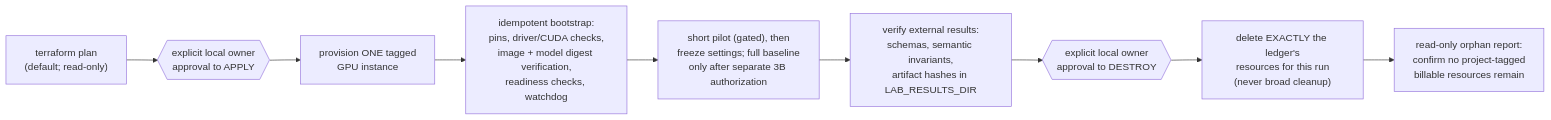
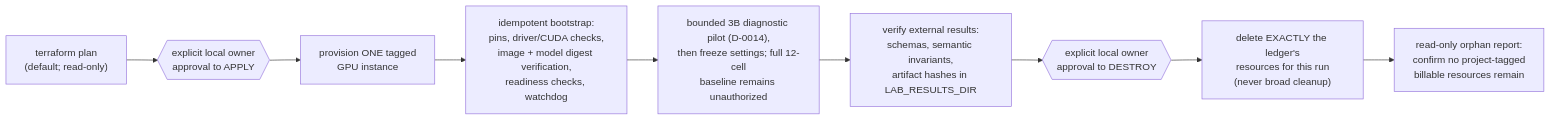
One commit to jgdynamite/blackwell-agentic-inference-lab changed the fourth of 4 diagrams in docs/architecture.md. Above: the diagram before and after it, drawn with Mermaid. The commit also changed other lines of this file and 17 other files, not shown here.

Commit message:
Authorize the bounded Akamai compatibility pilot (#7)

````diff
--- a/docs/architecture.md
+++ b/docs/architecture.md
@@ -264,11 +266,11 @@
 ```mermaid
 flowchart LR
     plan["terraform plan<br/>(default; read-only)"] --> approve1{{"explicit local owner<br/>approval to APPLY"}}
     approve1 --> provision["provision ONE tagged<br/>GPU instance"]
     provision --> bootstrap["idempotent bootstrap:<br/>pins, driver/CUDA checks,<br/>image + model digest verification,<br/>readiness checks, watchdog"]
-    bootstrap --> pilot["short pilot (gated), then<br/>freeze settings; full baseline<br/>only after separate 3B authorization"]
+    bootstrap --> pilot["bounded 3B diagnostic pilot (D-0014),<br/>then freeze settings; full 12-cell<br/>baseline remains unauthorized"]
     pilot --> verify["verify external results:<br/>schemas, semantic invariants,<br/>artifact hashes in LAB_RESULTS_DIR"]
     verify --> approve2{{"explicit local owner<br/>approval to DESTROY"}}
     approve2 --> teardown["delete EXACTLY the ledger's<br/>resources for this run<br/>(never broad cleanup)"]
     teardown --> orphan["read-only orphan report:<br/>confirm no project-tagged<br/>billable resources remain"]
 ```
````
